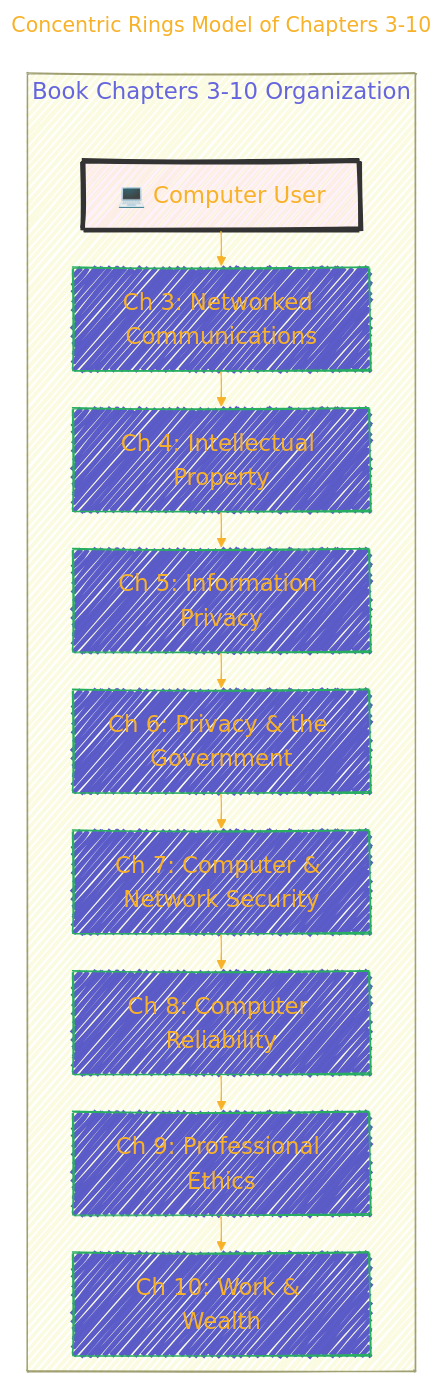
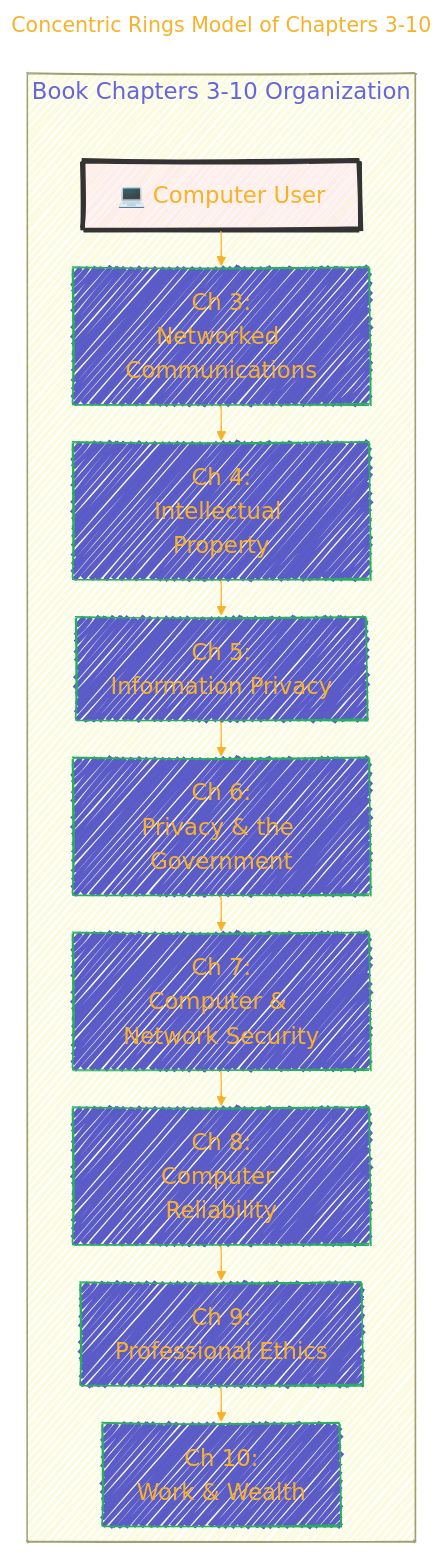
One commit to CongLeSolutionX/LegalLens changed the second of 13 diagrams in BOOK_Ethics_for_ the_Information_Age_8th_E_by_Michael_J_Quinn/BOOK_Ethics_for_ the_Information_Age_8th_E_by_Michael_J_Quinn.md. Above: the diagram before and after it, drawn with Mermaid.

Commit message:
Update BOOK_Ethics_for_ the_Information_Age_8th_E_by_Michael_J_Quinn.md

````diff
--- a/BOOK_Ethics_for_ the_Information_Age_8th_E_by_Michael_J_Quinn/BOOK_Ethics_for_ the_Information_Age_8th_E_by_Michael_J_Quinn.md
+++ b/BOOK_Ethics_for_ the_Information_Age_8th_E_by_Michael_J_Quinn/BOOK_Ethics_for_ the_Information_Age_8th_E_by_Michael_J_Quinn.md
@@ -236,73 +236,73 @@
 ```mermaid
 ---
 title: "Concentric Rings Model of Chapters 3-10"
 author: "Cong Le"
 version: "1.0"
 license(s): "MIT, CC BY-SA 4.0"
 copyright: "Copyright (c) 2025 Cong Le. All Rights Reserved."
 config:
   layout: elk
   theme: base
   look: handDrawn
 ---
 %%%%%%%% Mermaid version v11.4.1-b.14
 %%%%%%%% Available curve styles include the following keywords:
 %% basis, bumpX, bumpY, cardinal, catmullRom, linear, monotoneX, monotoneY, natural, step, stepAfter, stepBefore.
 %%{
   init: {
     'flowchart': { 'htmlLabels': true, 'curve': 'basis' },
     'fontFamily': 'American Typewriter, monospace',
     'logLevel': 'fatal',
     'themeVariables': {
       'primaryColor': '#22BB',
       'primaryTextColor': '#F8B229',
       'lineColor': '#F8B229',
       'primaryBorderColor': '#27AE60',
       'secondaryColor': '#E2F1',
       'secondaryTextColor': '#6C3483',
       'secondaryBorderColor': '#A569BD',
       'fontSize': '20px'
     }
   }
 }%%
 flowchart TD
     subgraph ConcentricRings["Book Chapters 3-10 Organization"]
 	style ConcentricRings fill:#DD22
         User["💻 Computer User"]
-        Ch3["Ch 3: Networked Communications"]
-        Ch4["Ch 4: Intellectual Property"]
-        Ch5["Ch 5: Information Privacy"]
-        Ch6["Ch 6: Privacy & the Government"]
-        Ch7["Ch 7: Computer & Network Security"]
-        Ch8["Ch 8: Computer Reliability"]
-        Ch9["Ch 9: Professional Ethics"]
-        Ch10["Ch 10: Work & Wealth"]
+        Ch3["Ch 3:<br/>Networked Communications"]
+        Ch4["Ch 4:<br/>Intellectual Property"]
+        Ch5["Ch 5:<br/>Information Privacy"]
+        Ch6["Ch 6:<br/>Privacy & the Government"]
+        Ch7["Ch 7:<br/>Computer & Network Security"]
+        Ch8["Ch 8:<br/>Computer Reliability"]
+        Ch9["Ch 9:<br/>Professional Ethics"]
+        Ch10["Ch 10:<br/>Work & Wealth"]
 
         User --> Ch3
         Ch3 --> Ch4
         Ch4 --> Ch5
         Ch5 --> Ch6
         Ch6 --> Ch7
         Ch7 --> Ch8
         Ch8 --> Ch9
         Ch9 --> Ch10
     end
     style User fill:#f9f2,stroke:#333,stroke-width:4px
     style Ch3 fill:#22BB
     style Ch4 fill:#22BB
     style Ch5 fill:#22BB
     style Ch6 fill:#22BB
     style Ch7 fill:#22BB
     style Ch8 fill:#22BB
     style Ch9 fill:#22BB
     style Ch10 fill:#22BB
 
     %% note right of Ch3
     %%    Innermost ring, focusing on
     %%    direct user communications.
     %% endnote
     %% note right of Ch10
     %%    Outer ring, focusing on
     %%    broader societal impacts.
     %% endnote
 ```
````
